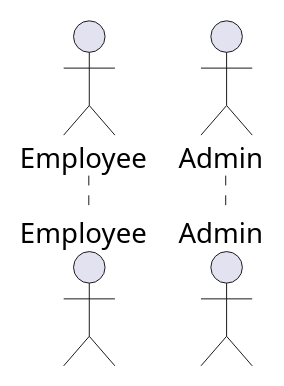
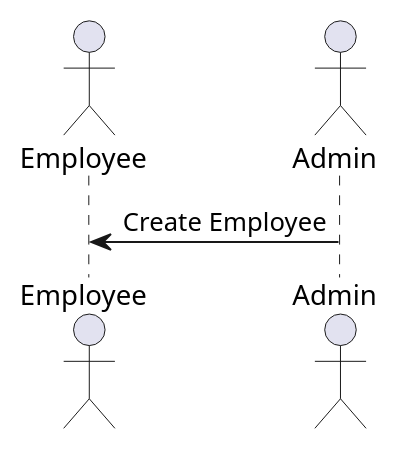
One commit to Yasser-Belatreche/setram-app-backend changed the diagram in docs/use-case-diagram.puml. Above: the diagram before and after it, drawn with PlantUML. The commit also changed 17 other files, not shown here.

```diff
--- a/docs/use-case-diagram.puml
+++ b/docs/use-case-diagram.puml
@@ -1,5 +1,7 @@
 @startuml
 actor Employee
 actor Admin
 
+Admin -> Employee : Create Employee
+
 @enduml
```
